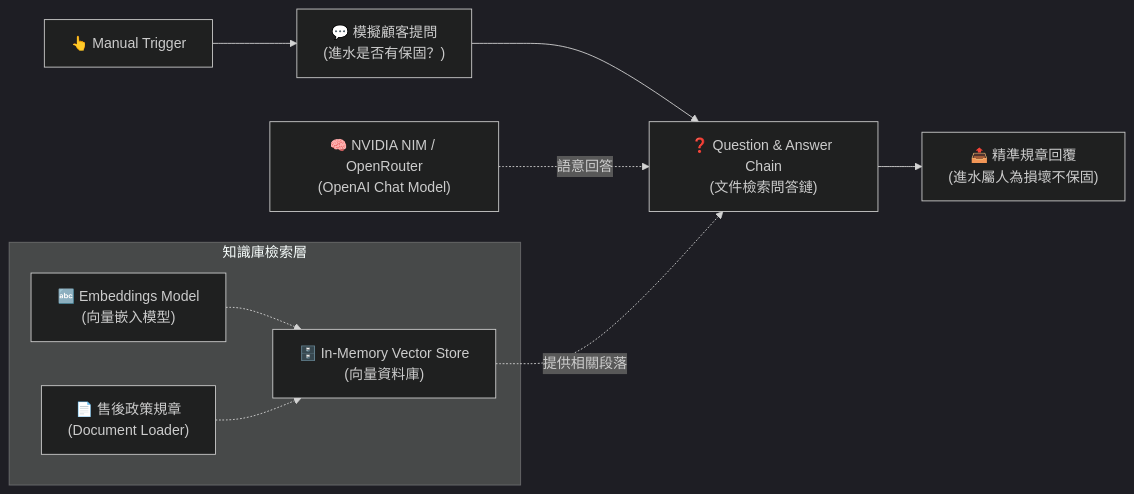
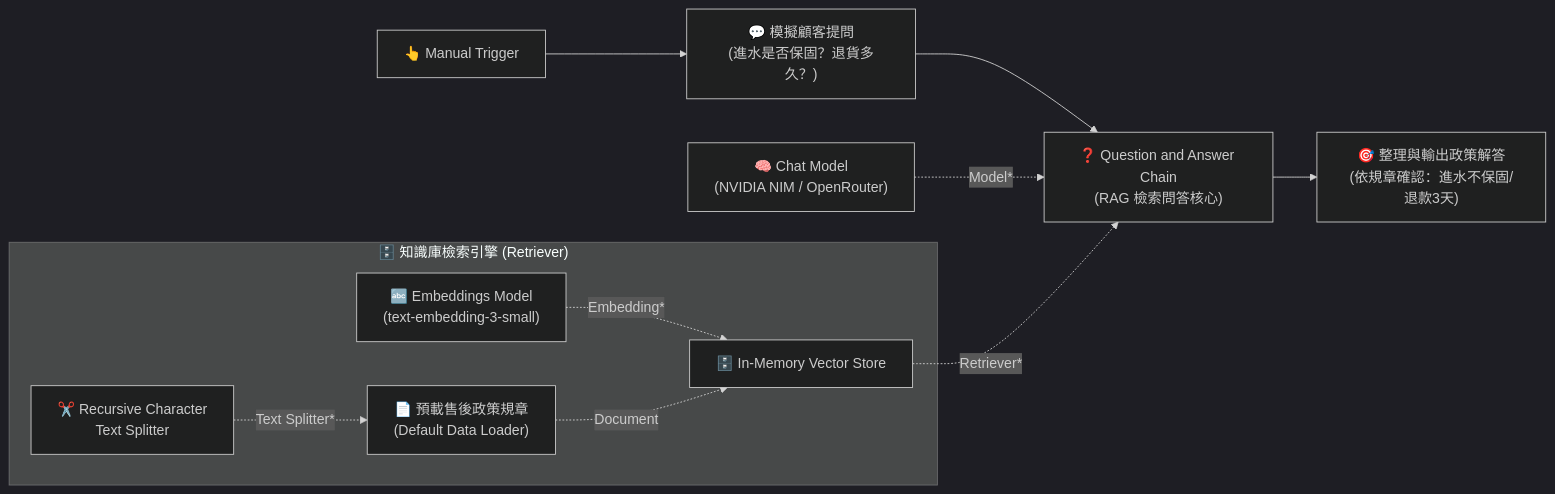
The diagram in AI_Agent/階段一_基礎專用AI節點/Question_and_Answer_Chain/README.md (roberthsu2003/n8n), drawn with Mermaid (dark theme) before and after one commit. The commit also changed other lines of this file and 1 other file, not shown here.

````diff
--- a/AI_Agent/階段一_基礎專用AI節點/Question_and_Answer_Chain/README.md
+++ b/AI_Agent/階段一_基礎專用AI節點/Question_and_Answer_Chain/README.md
@@ -17,17 +17,21 @@
 ```mermaid
 flowchart LR
-    Trigger["👆 Manual Trigger"] --> Question["💬 模擬顧客提問<br/>(進水是否有保固？)"]
-    Question --> QAChain["❓ Question & Answer Chain<br/>(文件檢索問答鏈)"]
+    Trigger["👆 Manual Trigger"] --> Question["💬 模擬顧客提問<br/>(進水是否保固？退貨多久？)"]
+    Question --> QAChain["❓ Question and Answer Chain<br/>(RAG 檢索問答核心)"]
     
-    subgraph Knowledge_Layer["知識庫檢索層"]
-        VectorStore["🗄️ In-Memory Vector Store<br/>(向量資料庫)"]
-        Embeddings["🔤 Embeddings Model<br/>(向量嵌入模型)"]
-        DocLoader["📄 售後政策規章<br/>(Document Loader)"]
-        Embeddings -.-> VectorStore
-        DocLoader -.-> VectorStore
+    Model["🧠 Chat Model<br/>(NVIDIA NIM / OpenRouter)"] -.->|Model*| QAChain
+    
+    subgraph RAG_Engine ["🗄️ 知識庫檢索引擎 (Retriever)"]
+        VectorStore["🗄️ In-Memory Vector Store"]
+        Embeddings["🔤 Embeddings Model<br/>(text-embedding-3-small)"]
+        DocLoader["📄 預載售後政策規章<br/>(Default Data Loader)"]
+        Splitter["✂️ Recursive Character<br/>Text Splitter"]
+        
+        Embeddings -.->|Embedding*| VectorStore
+        DocLoader -.->|Document| VectorStore
+        Splitter -.->|Text Splitter*| DocLoader
     end
     
-    Model["🧠 NVIDIA NIM / OpenRouter<br/>(OpenAI Chat Model)"] -.->|語意回答| QAChain
-    VectorStore -.->|提供相關段落| QAChain
-    QAChain --> Output["📤 精準規章回覆<br/>(進水屬人為損壞不保固)"]
+    VectorStore -.->|Retriever*| QAChain
+    QAChain --> Answer["🎯 整理與輸出政策解答<br/>(依規章確認：進水不保固/退款3天)"]
 ```
````
